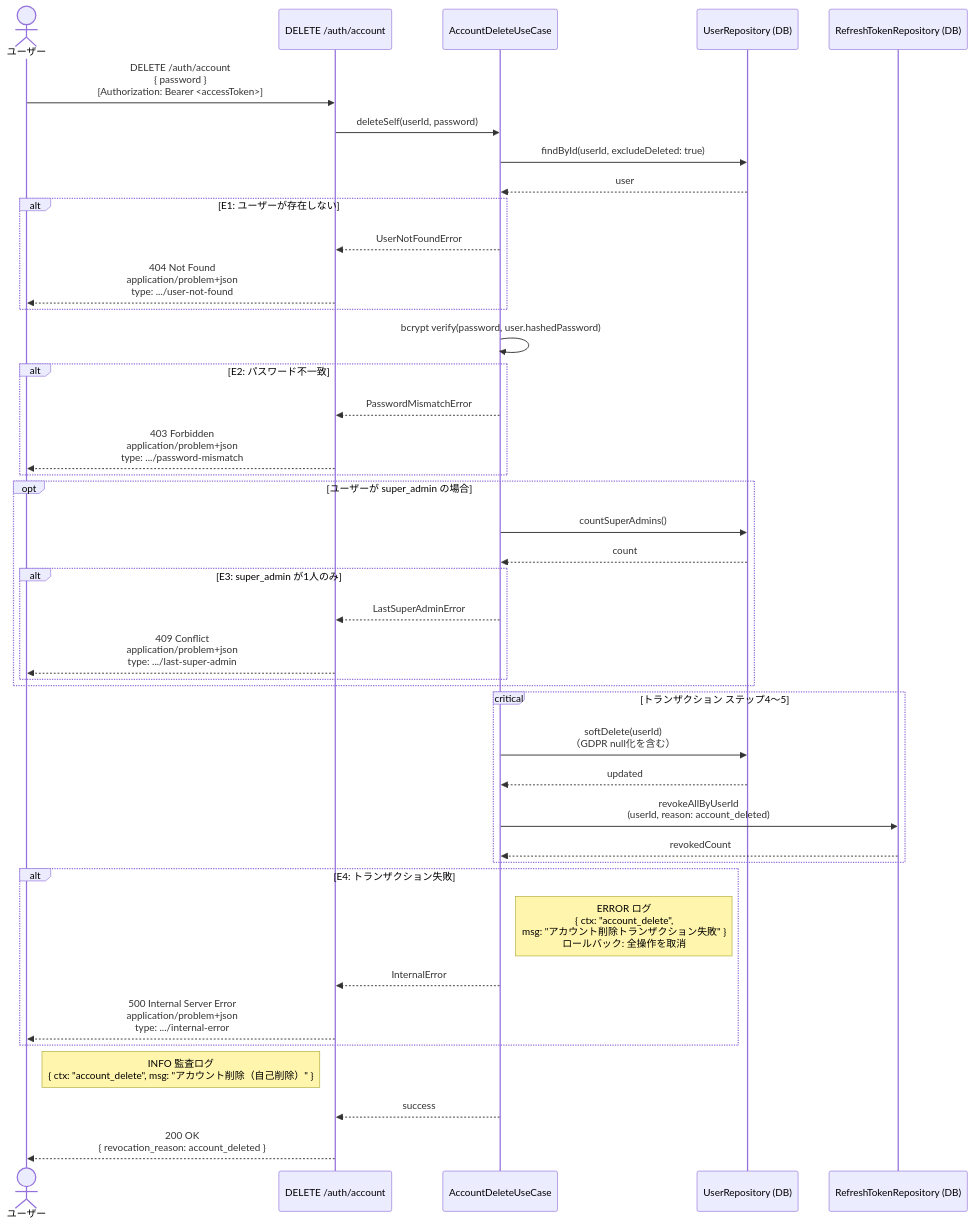
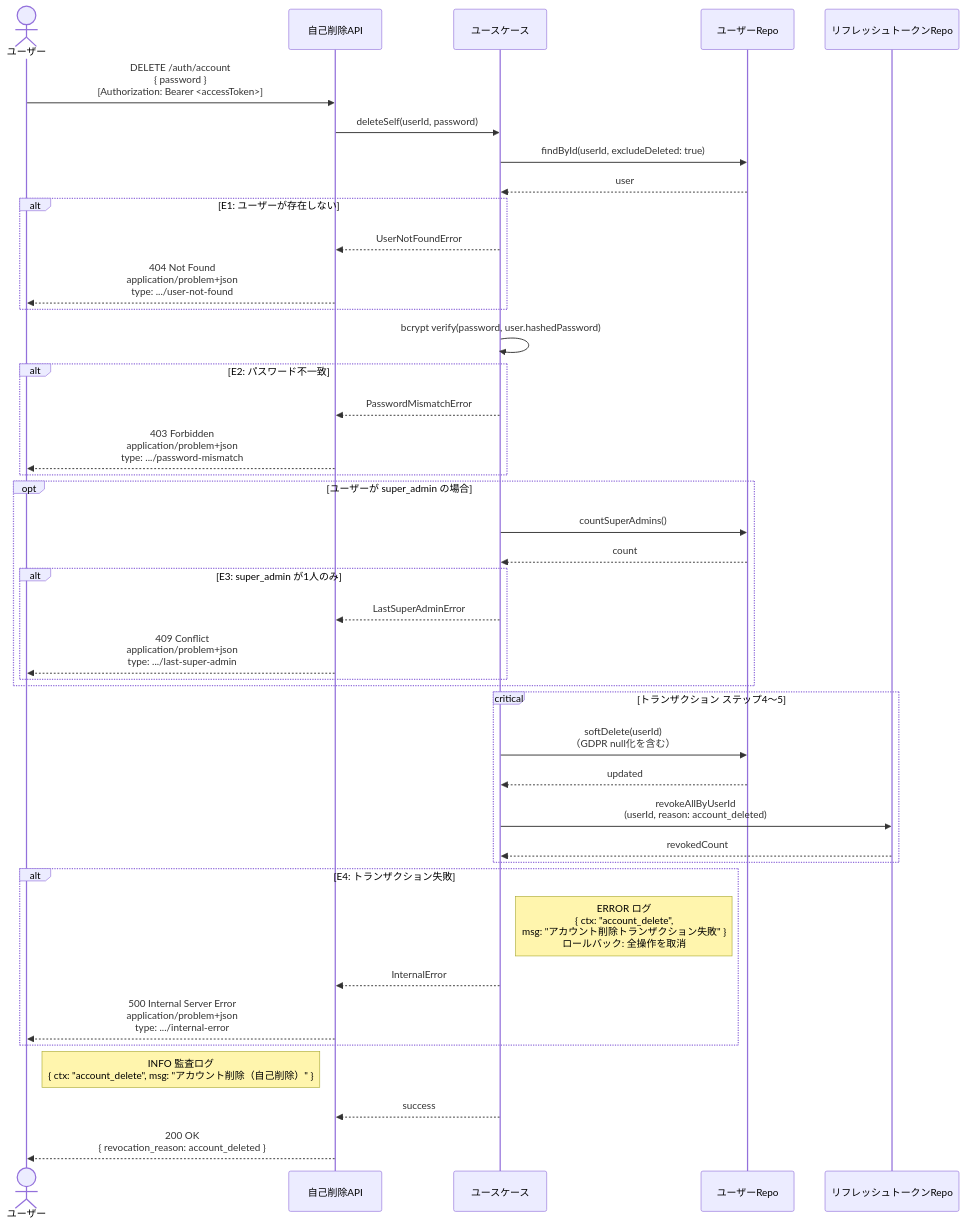
One commit to suunet/POC_HYDRA_AUTH changed the third of 3 diagrams in .docs/design/buc/BUC-A06.md. Above: the diagram before and after it, drawn with Mermaid. The commit also changed other lines of this file and 15 other files, not shown here.

````diff
--- a/.docs/design/buc/BUC-A06.md
+++ b/.docs/design/buc/BUC-A06.md
@@ -164,43 +164,43 @@
 ```mermaid
 sequenceDiagram
-  actor ユーザー as ユーザー
-  participant 自己削除API as DELETE /auth/account
-  participant ユースケース as AccountDeleteUseCase
-  participant ユーザーRepo as UserRepository (DB)
-  participant リフレッシュトークンRepo as RefreshTokenRepository (DB)
-  ユーザー->>自己削除API: DELETE /auth/account<br/>{ password }<br/>[Authorization: Bearer <accessToken>]
-  自己削除API->>ユースケース: deleteSelf(userId, password)
-  ユースケース->>ユーザーRepo: findById(userId, excludeDeleted: true)
-  ユーザーRepo-->>ユースケース: user
+  actor User as ユーザー
+  participant SelfDeleteAPI as 自己削除API
+  participant UseCase as ユースケース
+  participant UserRepo as ユーザーRepo
+  participant RefreshRepo as リフレッシュトークンRepo
+  User->>SelfDeleteAPI: DELETE /auth/account<br/>{ password }<br/>[Authorization: Bearer <accessToken>]
+  SelfDeleteAPI->>UseCase: deleteSelf(userId, password)
+  UseCase->>UserRepo: findById(userId, excludeDeleted: true)
+  UserRepo-->>UseCase: user
   alt E1: ユーザーが存在しない
-  ユースケース-->>自己削除API: UserNotFoundError
-  自己削除API-->>ユーザー: 404 Not Found<br/>application/problem+json<br/>type: .../user-not-found
+  UseCase-->>SelfDeleteAPI: UserNotFoundError
+  SelfDeleteAPI-->>User: 404 Not Found<br/>application/problem+json<br/>type: .../user-not-found
   end
-  ユースケース->>ユースケース: bcrypt verify(password, user.hashedPassword)
+  UseCase->>UseCase: bcrypt verify(password, user.hashedPassword)
   alt E2: パスワード不一致
-  ユースケース-->>自己削除API: PasswordMismatchError
-  自己削除API-->>ユーザー: 403 Forbidden<br/>application/problem+json<br/>type: .../password-mismatch
+  UseCase-->>SelfDeleteAPI: PasswordMismatchError
+  SelfDeleteAPI-->>User: 403 Forbidden<br/>application/problem+json<br/>type: .../password-mismatch
   end
   opt ユーザーが super_admin の場合
-  ユースケース->>ユーザーRepo: countSuperAdmins()
-  ユーザーRepo-->>ユースケース: count
+  UseCase->>UserRepo: countSuperAdmins()
+  UserRepo-->>UseCase: count
   alt E3: super_admin が1人のみ
-  ユースケース-->>自己削除API: LastSuperAdminError
-  自己削除API-->>ユーザー: 409 Conflict<br/>application/problem+json<br/>type: .../last-super-admin
+  UseCase-->>SelfDeleteAPI: LastSuperAdminError
+  SelfDeleteAPI-->>User: 409 Conflict<br/>application/problem+json<br/>type: .../last-super-admin
   end
   end
   critical トランザクション ステップ4〜5
-  ユースケース->>ユーザーRepo: softDelete(userId)<br/>（GDPR null化を含む）
-  ユーザーRepo-->>ユースケース: updated
-  ユースケース->>リフレッシュトークンRepo: revokeAllByUserId<br/>(userId, reason: account_deleted)
-  リフレッシュトークンRepo-->>ユースケース: revokedCount
+  UseCase->>UserRepo: softDelete(userId)<br/>（GDPR null化を含む）
+  UserRepo-->>UseCase: updated
+  UseCase->>RefreshRepo: revokeAllByUserId<br/>(userId, reason: account_deleted)
+  RefreshRepo-->>UseCase: revokedCount
   end
   alt E4: トランザクション失敗
-  Note right of ユースケース: ERROR ログ<br/>{ ctx: "account_delete",<br/>msg: "アカウント削除トランザクション失敗" }<br/>ロールバック: 全操作を取消
-  ユースケース-->>自己削除API: InternalError
-  自己削除API-->>ユーザー: 500 Internal Server Error<br/>application/problem+json<br/>type: .../internal-error
+  Note right of UseCase: ERROR ログ<br/>{ ctx: "account_delete",<br/>msg: "アカウント削除トランザクション失敗" }<br/>ロールバック: 全操作を取消
+  UseCase-->>SelfDeleteAPI: InternalError
+  SelfDeleteAPI-->>User: 500 Internal Server Error<br/>application/problem+json<br/>type: .../internal-error
   end
-  Note right of ユーザー: INFO 監査ログ<br/>{ ctx: "account_delete", msg: "アカウント削除（自己削除）" }
-  ユースケース-->>自己削除API: success
-  自己削除API-->>ユーザー: 200 OK<br/>{ revocation_reason: account_deleted }
+  Note right of User: INFO 監査ログ<br/>{ ctx: "account_delete", msg: "アカウント削除（自己削除）" }
+  UseCase-->>SelfDeleteAPI: success
+  SelfDeleteAPI-->>User: 200 OK<br/>{ revocation_reason: account_deleted }
 ```
````
